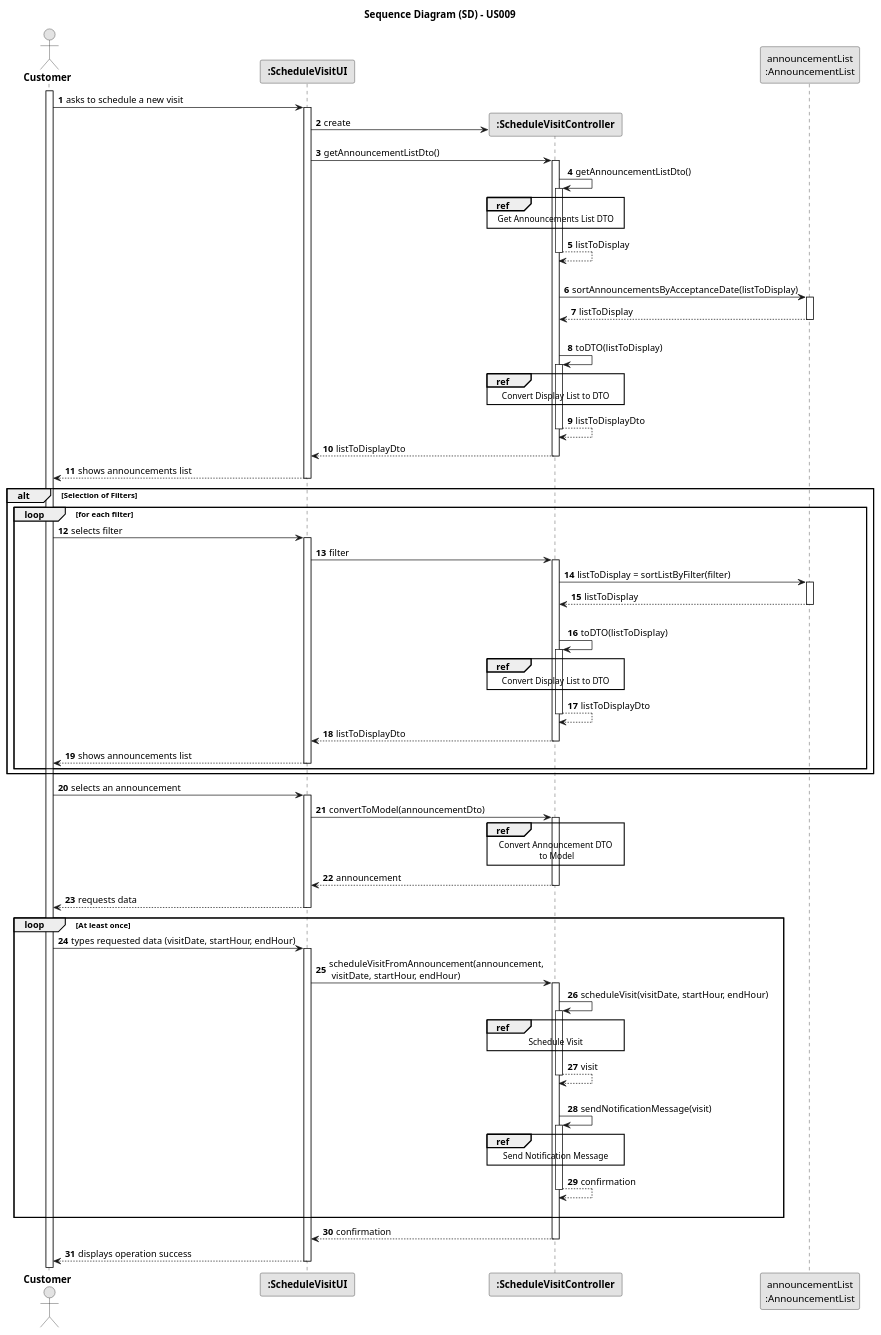
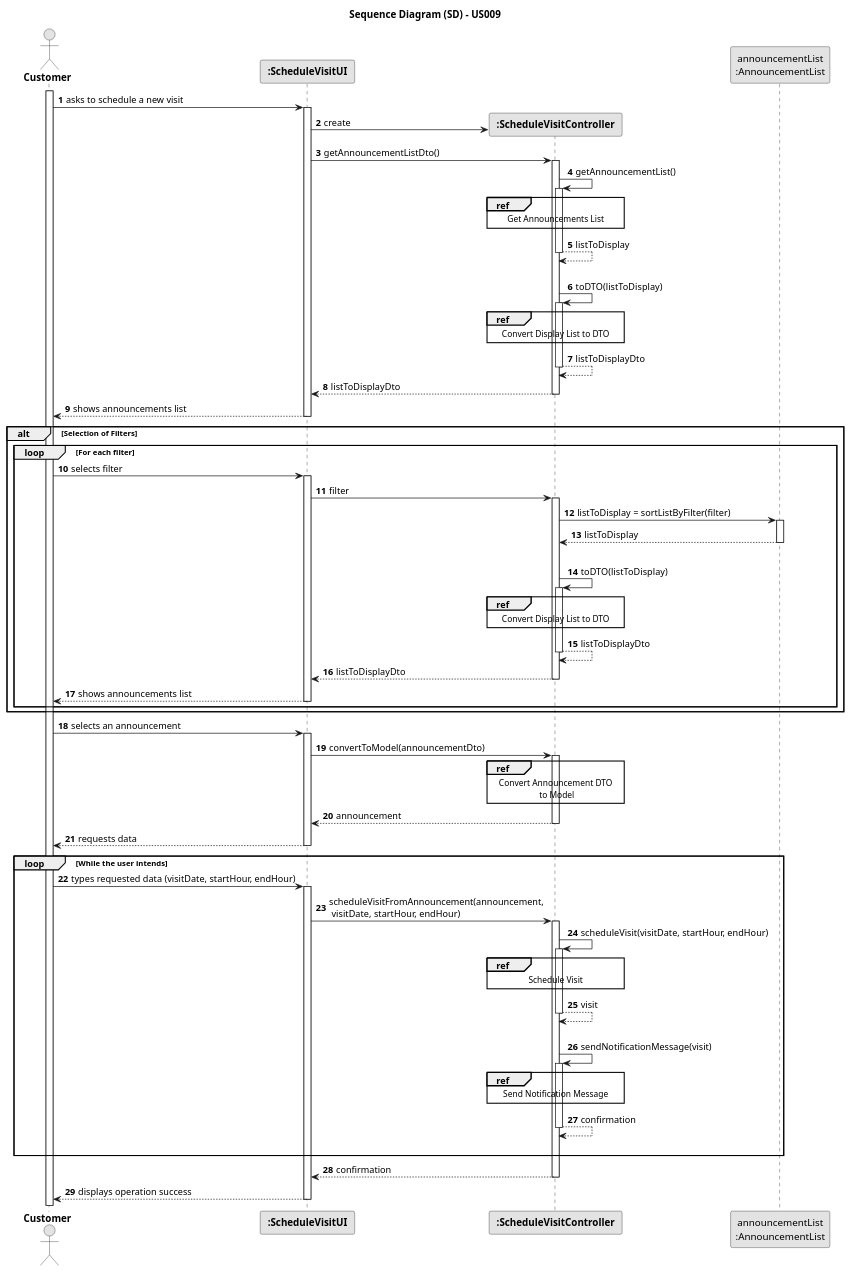
Before and after one commit to rita-barbosa/LAPR2-2223: the diagram in docs/sprintC/us009/03.design/puml/us009-sequence-diagram-slip.puml, drawn with PlantUML.

Commit message:
Split SD update [US009] [Design]

```diff
--- a/docs/sprintC/us009/03.design/puml/us009-sequence-diagram-slip.puml
+++ b/docs/sprintC/us009/03.design/puml/us009-sequence-diagram-slip.puml
@@ -1,148 +1,141 @@
 @startuml
 skinparam monochrome true
 skinparam packageStyle rectangle
 skinparam shadowing false
 
 title Sequence Diagram (SD) - US009
 
 autonumber
 
 actor "<b> Customer </b>" as CTM
 participant "<b> :ScheduleVisitUI </b>" as UI
 participant "<b> :ScheduleVisitController </b>" as CTRL
 participant "announcementList\n:AnnouncementList" as LISTCLASS
 
 activate CTM
 
     CTM -> UI : asks to schedule a new visit
         activate UI
 
     UI -> CTRL** : create
 
     UI -> CTRL : getAnnouncementListDto()
         activate CTRL
 
-    CTRL -> CTRL : getAnnouncementListDto()
+    CTRL -> CTRL : getAnnouncementList()
     activate CTRL
             ref over CTRL
-                Get Announcements List DTO
+                Get Announcements List
             end ref
         CTRL --> CTRL : listToDisplay
     deactivate CTRL
-|||
-    CTRL -> LISTCLASS : sortAnnouncementsByAcceptanceDate(listToDisplay)
-    activate LISTCLASS
-
-        LISTCLASS --> CTRL : listToDisplay
-    deactivate LISTCLASS
-
 |||
     CTRL -> CTRL : toDTO(listToDisplay)
     activate CTRL
             ref over CTRL
                 Convert Display List to DTO
             end ref
         CTRL --> CTRL : listToDisplayDto
     deactivate CTRL
 
         CTRL --> UI : listToDisplayDto
     deactivate CTRL
 
         UI --> CTM : shows announcements list
     deactivate UI
 
     alt Selection of Filters
 
-        loop for each filter
+        loop For each filter
             CTM -> UI : selects filter
             activate UI
 
             UI -> CTRL : filter
 
             activate CTRL
 
                 CTRL -> LISTCLASS : listToDisplay = sortListByFilter(filter)
                 activate LISTCLASS
 
                     LISTCLASS --> CTRL : listToDisplay
                 deactivate LISTCLASS
 
                 |||
                     CTRL -> CTRL : toDTO(listToDisplay)
                     activate CTRL
                             ref over CTRL
                                 Convert Display List to DTO
                             end ref
                         CTRL --> CTRL : listToDisplayDto
                     deactivate CTRL
 
                         CTRL --> UI : listToDisplayDto
                     deactivate CTRL
 
                         UI --> CTM : shows announcements list
                     deactivate UI
 
             deactivate CTRL
 
 
 
             deactivate UI
 
 
 
         end loop
     end alt
 
     CTM -> UI : selects an announcement
         activate UI
 
     UI -> CTRL : convertToModel(announcementDto)
     activate CTRL
         ref over CTRL
             Convert Announcement DTO
              to Model
         end ref
 
         CTRL --> UI : announcement
     deactivate CTRL
 
     UI --> CTM : requests data
         deactivate UI
 
-    loop At least once
+    loop While the user intends
     CTM -> UI : types requested data (visitDate, startHour, endHour)
         activate UI
 
         UI -> CTRL : scheduleVisitFromAnnouncement(announcement,\n visitDate, startHour, endHour)
 
         activate CTRL
 
         CTRL -> CTRL : scheduleVisit(visitDate, startHour, endHour)
         activate CTRL
 
         ref over CTRL
             Schedule Visit
         end ref
 
             CTRL --> CTRL : visit
         deactivate CTRL
 |||
     CTRL -> CTRL : sendNotificationMessage(visit)
         activate CTRL
 
         ref over CTRL
             Send Notification Message
         end ref
 
     CTRL --> CTRL : confirmation
     deactivate CTRL
     |||
     end loop
 
     CTRL --> UI : confirmation
     deactivate CTRL
 
     UI --> CTM : displays operation success
         deactivate UI
 
 @enduml
```
